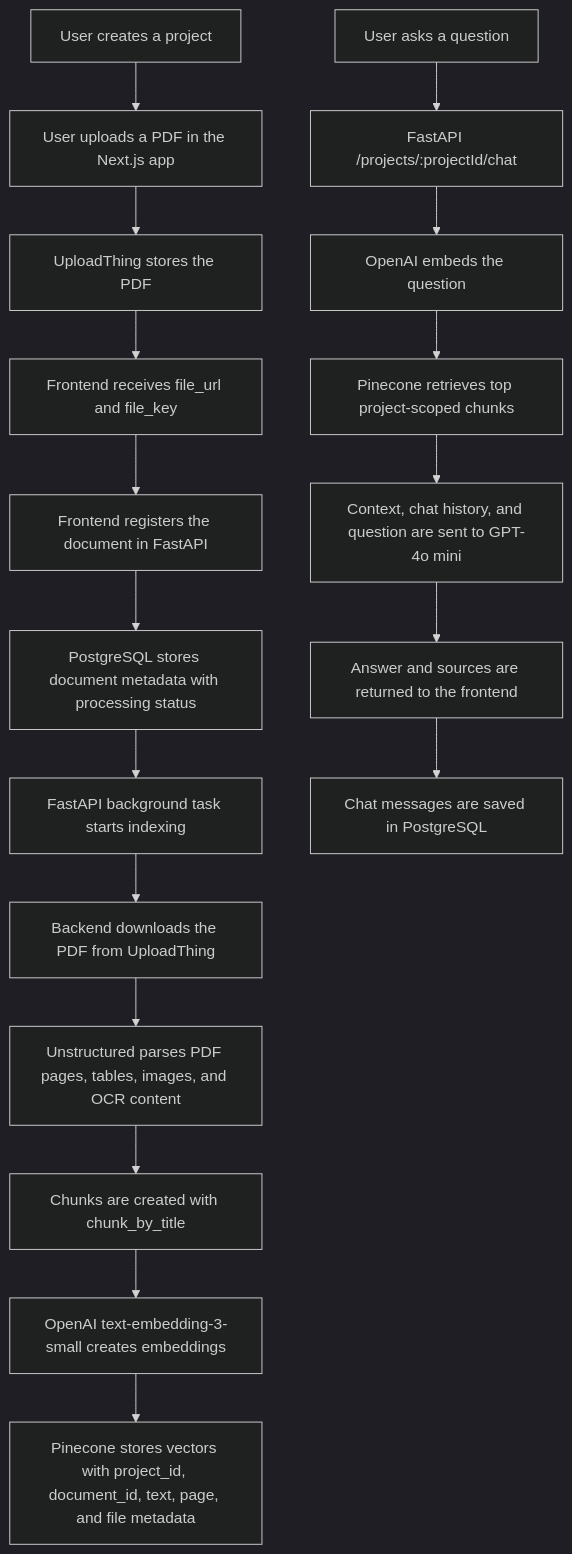
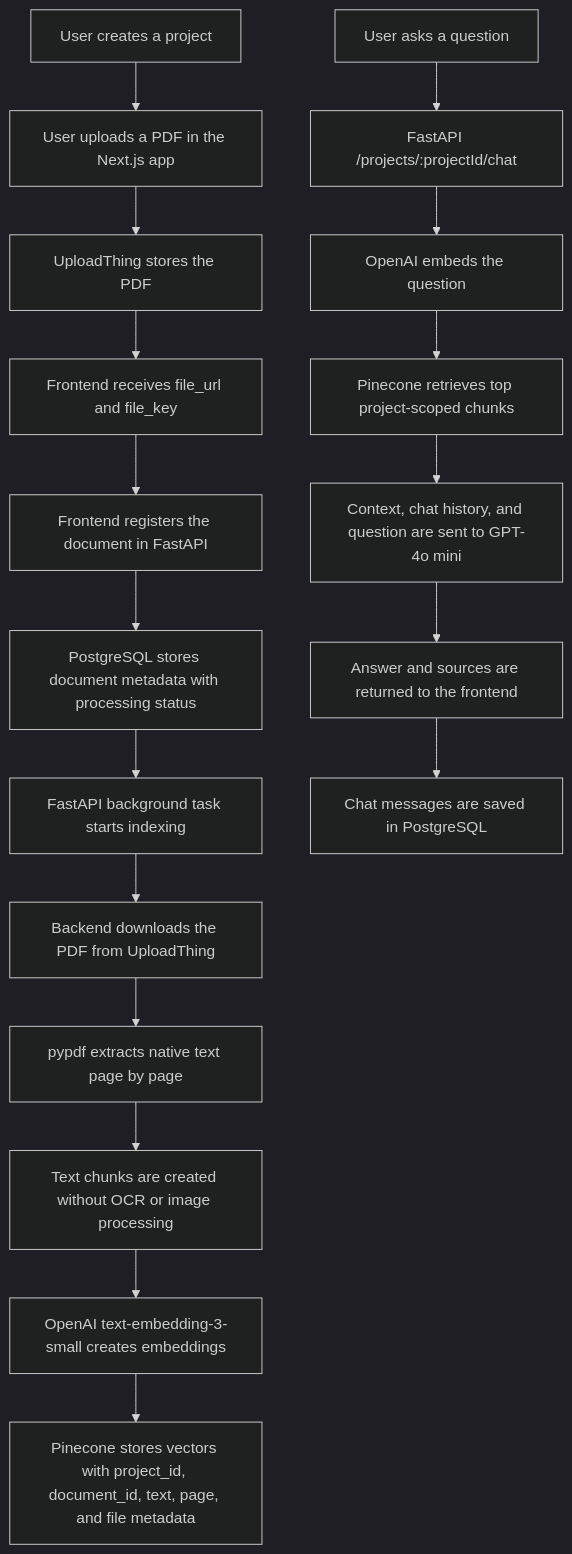
The diagram in README.md (Harentsoa2/docChat-project), drawn with Mermaid (dark theme) before and after one commit. The commit also changed other lines of this file and 1 other file, not shown here.

````diff
--- a/README.md
+++ b/README.md
@@ -26,21 +26,21 @@
 ```mermaid
 flowchart TD
     A[User creates a project] --> B[User uploads a PDF in the Next.js app]
     B --> C[UploadThing stores the PDF]
     C --> D[Frontend receives file_url and file_key]
     D --> E[Frontend registers the document in FastAPI]
     E --> F[PostgreSQL stores document metadata with processing status]
     F --> G[FastAPI background task starts indexing]
     G --> H[Backend downloads the PDF from UploadThing]
-    H --> I[Unstructured parses PDF pages, tables, images, and OCR content]
-    I --> J[Chunks are created with chunk_by_title]
+    H --> I[pypdf extracts native text page by page]
+    I --> J[Text chunks are created without OCR or image processing]
     J --> K[OpenAI text-embedding-3-small creates embeddings]
     K --> L[Pinecone stores vectors with project_id, document_id, text, page, and file metadata]
 
     M[User asks a question] --> N[FastAPI /projects/:projectId/chat]
     N --> O[OpenAI embeds the question]
     O --> P[Pinecone retrieves top project-scoped chunks]
     P --> Q[Context, chat history, and question are sent to GPT-4o mini]
     Q --> R[Answer and sources are returned to the frontend]
     R --> S[Chat messages are saved in PostgreSQL]
 ```
````
